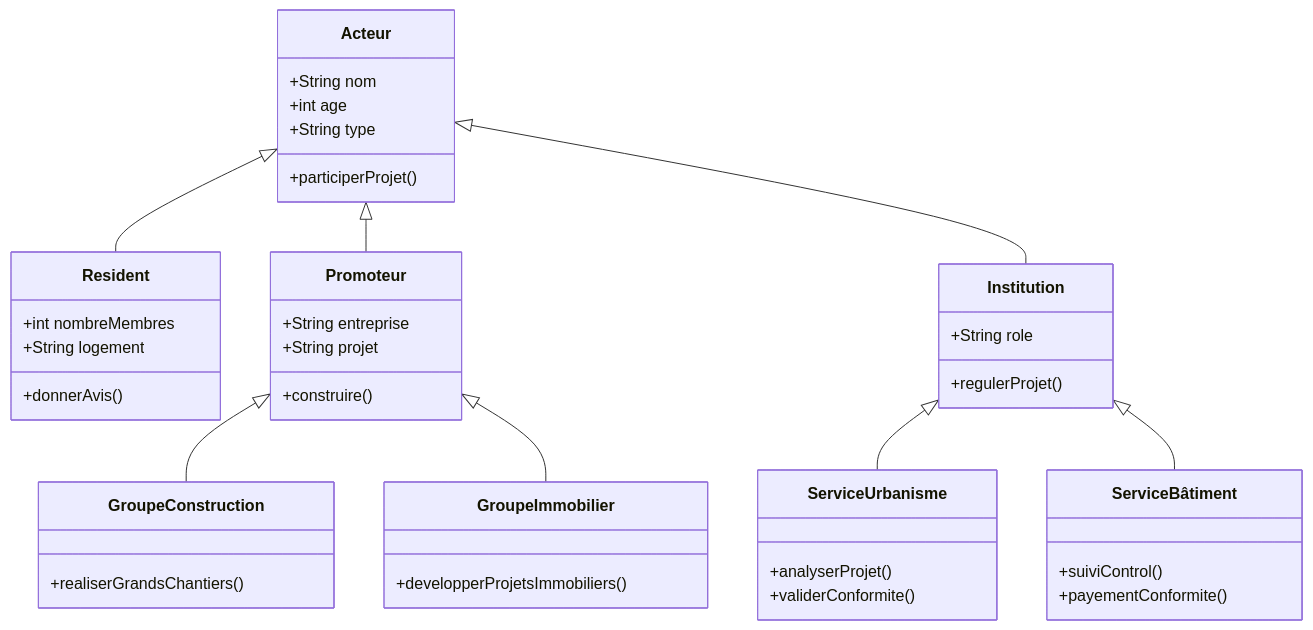
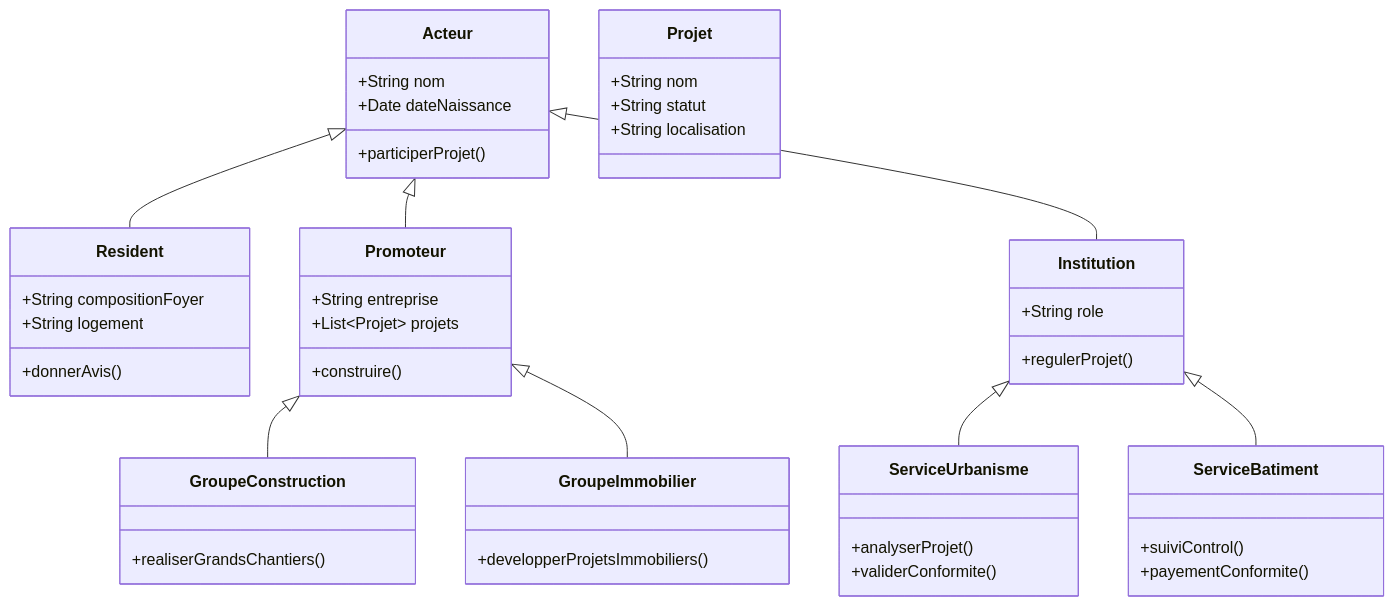
One commit to kahiarchi/plaine---saint--Denis---batiment- changed the diagram in ecoStatTGY95.md. Above: the diagram before and after it, drawn with Mermaid.

Commit message:
Refactor class diagram and add Projet class

````diff
--- a/ecoStatTGY95.md
+++ b/ecoStatTGY95.md
@@ -97,56 +97,59 @@
 ```mermaid
 classDiagram
-       
     class Acteur {
         +String nom
-        +int age
-        +String type
+        +Date dateNaissance
         +participerProjet()
     }
 
-    Acteur <|-- Resident
-    Acteur <|-- Promoteur
-    Acteur <|-- Institution
-
     class Resident {
-        +int nombreMembres
+        +String compositionFoyer
         +String logement
         +donnerAvis()
     }
 
     class Promoteur {
         +String entreprise
-        +String projet
+        +List~Projet~ projets
         +construire()
     }
-
-    Promoteur <|-- GroupeConstruction
-    Promoteur <|-- GroupeImmobilier
 
     class GroupeConstruction {
         +realiserGrandsChantiers()
     }
 
     class GroupeImmobilier {
         +developperProjetsImmobiliers()
     }
 
     class Institution {
         +String role
         +regulerProjet()
     }
 
-    Institution <|-- ServiceUrbanisme
-    Institution <|-- ServiceBâtiment
-
-
     class ServiceUrbanisme {
         +analyserProjet()
         +validerConformite()
     }
-     class ServiceBâtiment {
+
+    class ServiceBatiment {
         +suiviControl()
         +payementConformite()
     }
 
+    class Projet {
+        +String nom
+        +String statut
+        +String localisation
+    }
+
+  
+    Acteur <|-- Resident
+    Acteur <|-- Promoteur
+    Acteur <|-- Institution
+    Promoteur <|-- GroupeConstruction
+    Promoteur <|-- GroupeImmobilier
+    Institution <|-- ServiceUrbanisme
+    Institution <|-- ServiceBatiment
+
 ```
````
